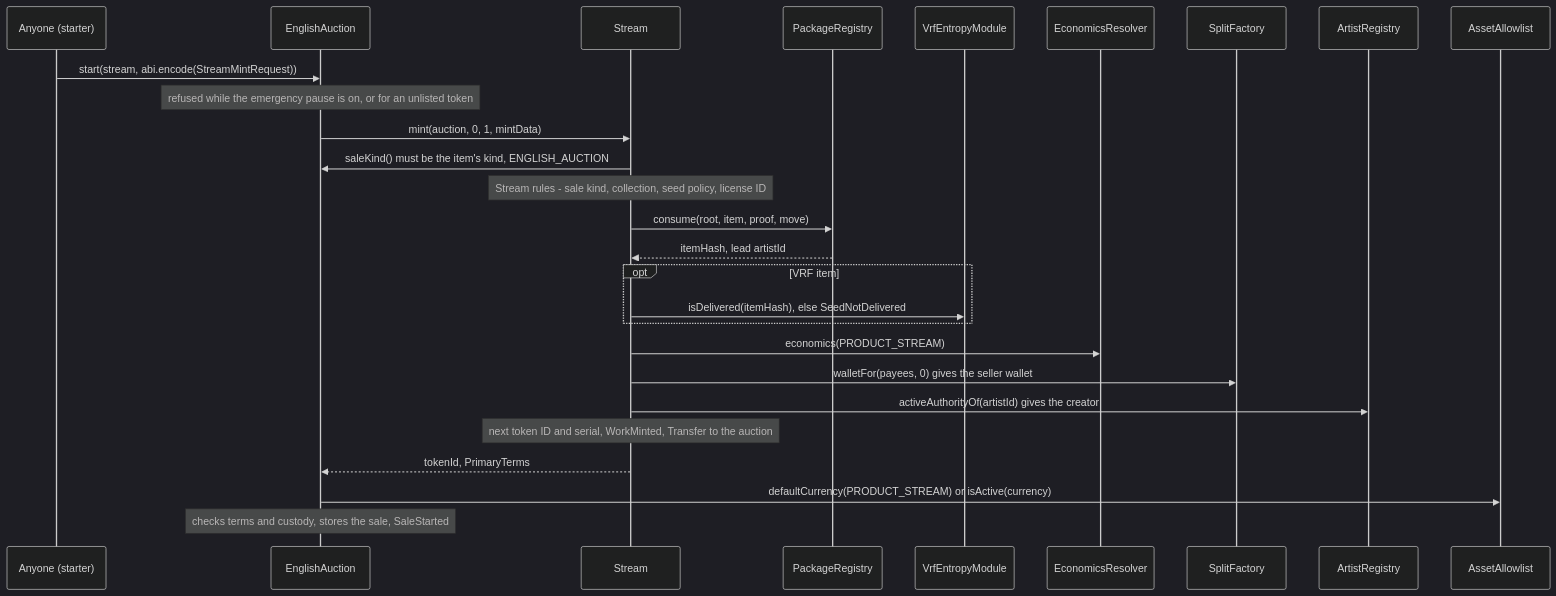
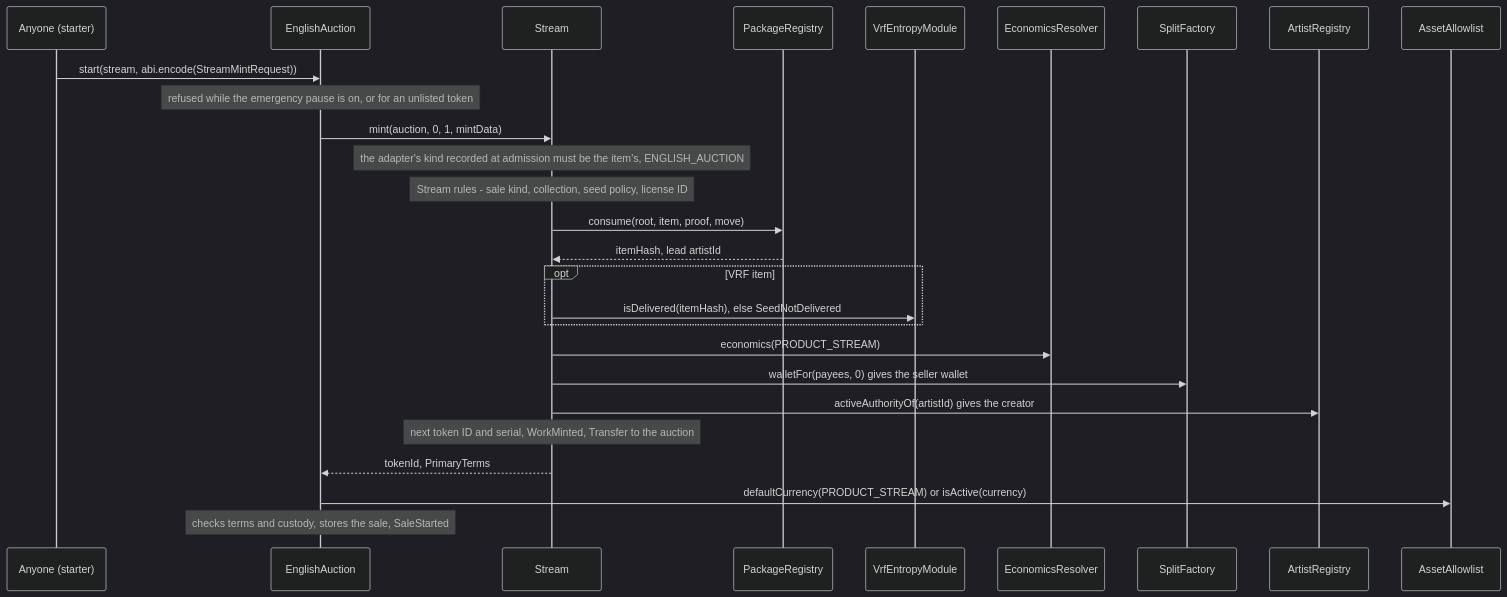
The fourth of 11 diagrams in docs/spec/stream-and-auctions.md (6529-Collections/6529-works), drawn with Mermaid (dark theme) before and after one commit. The commit also changed other lines of this file and 13 other files, not shown here.

````diff
--- a/docs/spec/stream-and-auctions.md
+++ b/docs/spec/stream-and-auctions.md
@@ -230,29 +231,29 @@
 ```mermaid
 sequenceDiagram
     participant Anyone as Anyone (starter)
     participant Auction as EnglishAuction
     participant Stream as Stream
     participant Registry as PackageRegistry
     participant Entropy as VrfEntropyModule
     participant Econ as EconomicsResolver
     participant Factory as SplitFactory
     participant Artists as ArtistRegistry
     participant Allowlist as AssetAllowlist
     Anyone->>Auction: start(stream, abi.encode(StreamMintRequest))
     Note over Auction: refused while the emergency pause is on, or for an unlisted token
     Auction->>Stream: mint(auction, 0, 1, mintData)
-    Stream->>Auction: saleKind() must be the item's kind, ENGLISH_AUCTION
+    Note over Stream: the adapter's kind recorded at admission must be the item's, ENGLISH_AUCTION
     Note over Stream: Stream rules - sale kind, collection, seed policy, license ID
     Stream->>Registry: consume(root, item, proof, move)
     Registry-->>Stream: itemHash, lead artistId
     opt VRF item
         Stream->>Entropy: isDelivered(itemHash), else SeedNotDelivered
     end
     Stream->>Econ: economics(PRODUCT_STREAM)
     Stream->>Factory: walletFor(payees, 0) gives the seller wallet
     Stream->>Artists: activeAuthorityOf(artistId) gives the creator
     Note over Stream: next token ID and serial, WorkMinted, Transfer to the auction
     Stream-->>Auction: tokenId, PrimaryTerms
     Auction->>Allowlist: defaultCurrency(PRODUCT_STREAM) or isActive(currency)
     Note over Auction: checks terms and custody, stores the sale, SaleStarted
 ```
````
